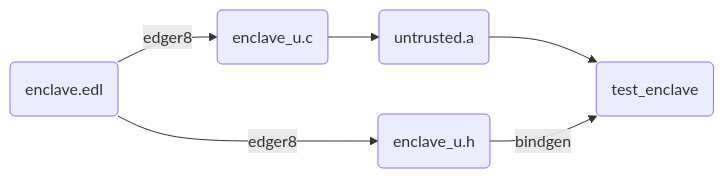
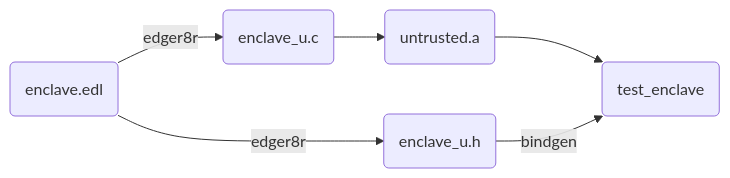
The second of 2 diagrams in untrusted/test_enclave/README.md (mobilecoinfoundation/sgx), drawn with Mermaid before and after one commit. The commit also changed other lines of this file and 3 other files, not shown here.

````diff
--- a/untrusted/test_enclave/README.md
+++ b/untrusted/test_enclave/README.md
@@ -72,8 +72,8 @@
 ```mermaid
 graph LR
-    A(enclave.edl) -->|edger8| B(enclave_u.c)
-    A -->|edger8| C(enclave_u.h)
+    A(enclave.edl) -->|edger8r| B(enclave_u.c)
+    A -->|edger8r| C(enclave_u.h)
     B --> D(untrusted.a)
     D --> E(test_enclave)
     C --> |bindgen| E
 ```
````
